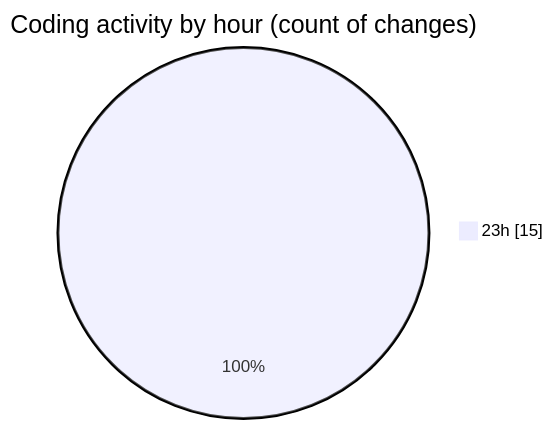
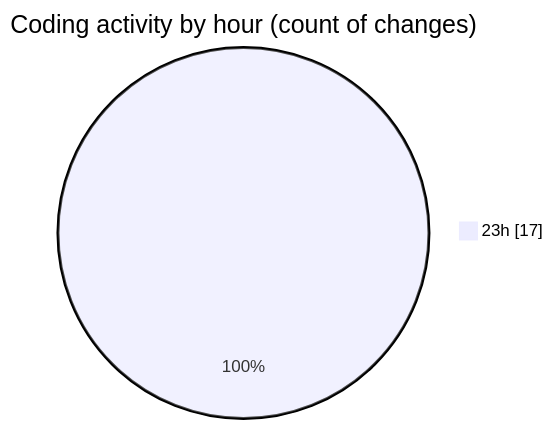
The second of 2 diagrams in 2025-01-30/react/README.md (Elitesun/code-tracking), drawn with Mermaid before and after one commit. The commit also changed other lines of this file and 1 other file, not shown here.

````diff
--- a/2025-01-30/react/README.md
+++ b/2025-01-30/react/README.md
@@ -31,5 +31,5 @@
 ```mermaid
 pie showData
 title Coding activity by hour (count of changes)
-"23h" : 15
+"23h" : 17
 ```
````
